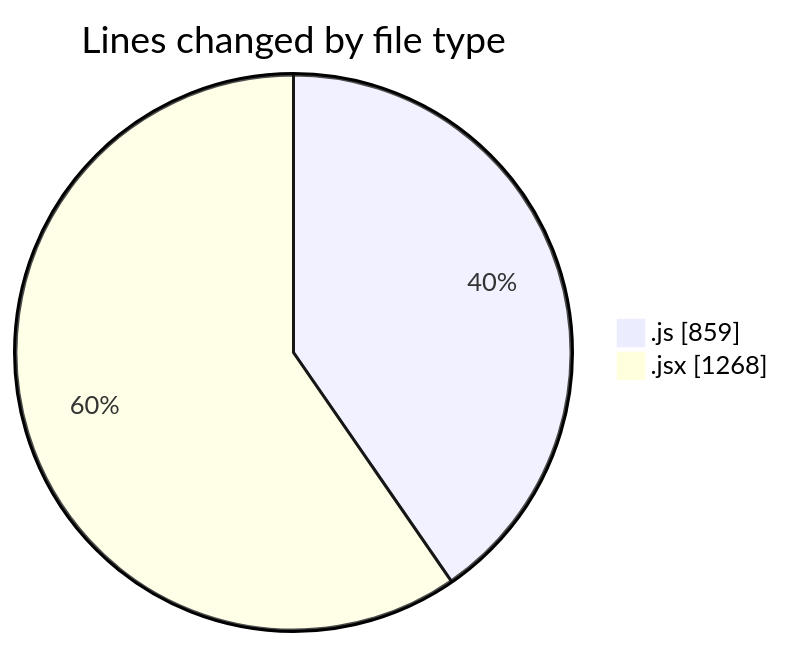
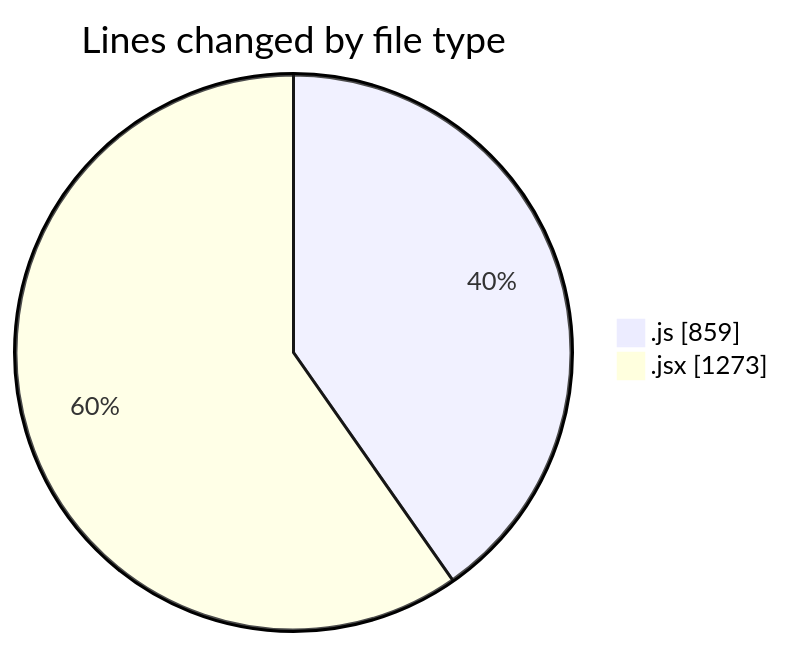
The first of 2 diagrams in 2025-12-26/nxtqube_webapp/README.md (nxtqubesakshisongat/code-tracking), drawn with Mermaid before and after one commit. The commit also changed other lines of this file and 1 other file, not shown here.

````diff
--- a/2025-12-26/nxtqube_webapp/README.md
+++ b/2025-12-26/nxtqube_webapp/README.md
@@ -24,6 +24,6 @@
 ```mermaid
 pie showData
 title Lines changed by file type
 ".js" : 859
-".jsx" : 1268
+".jsx" : 1273
 ```
````
